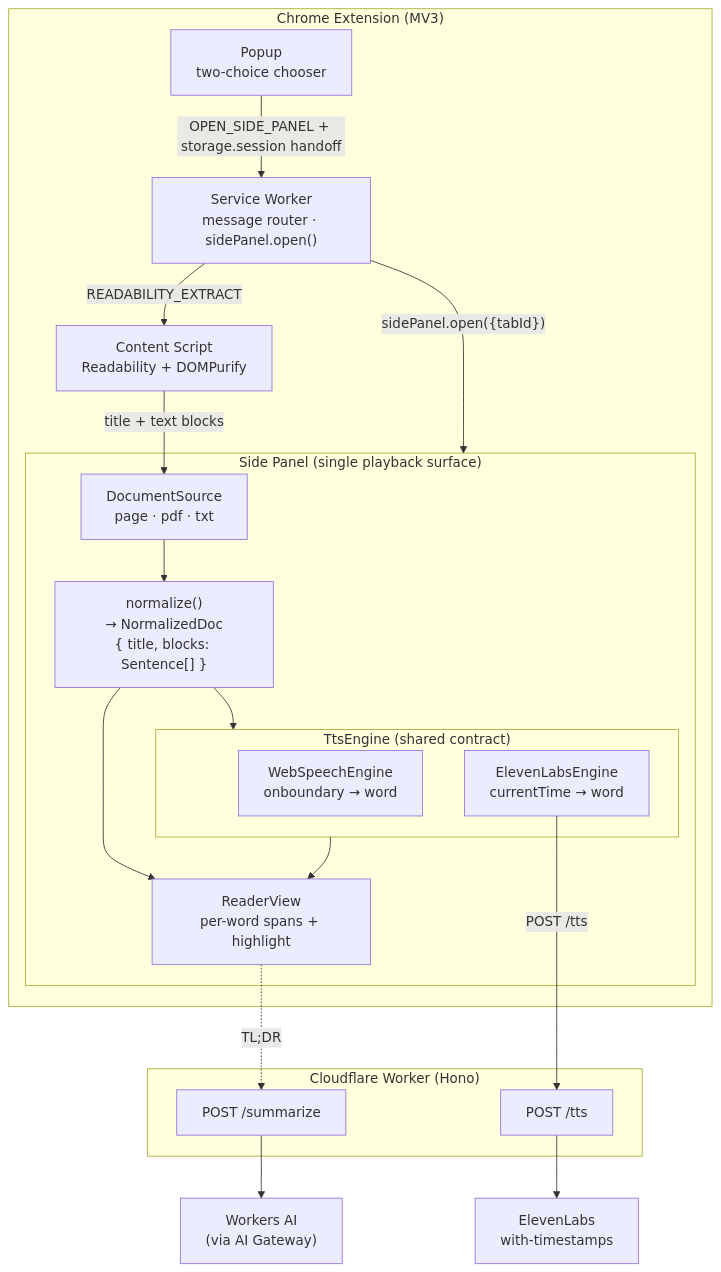
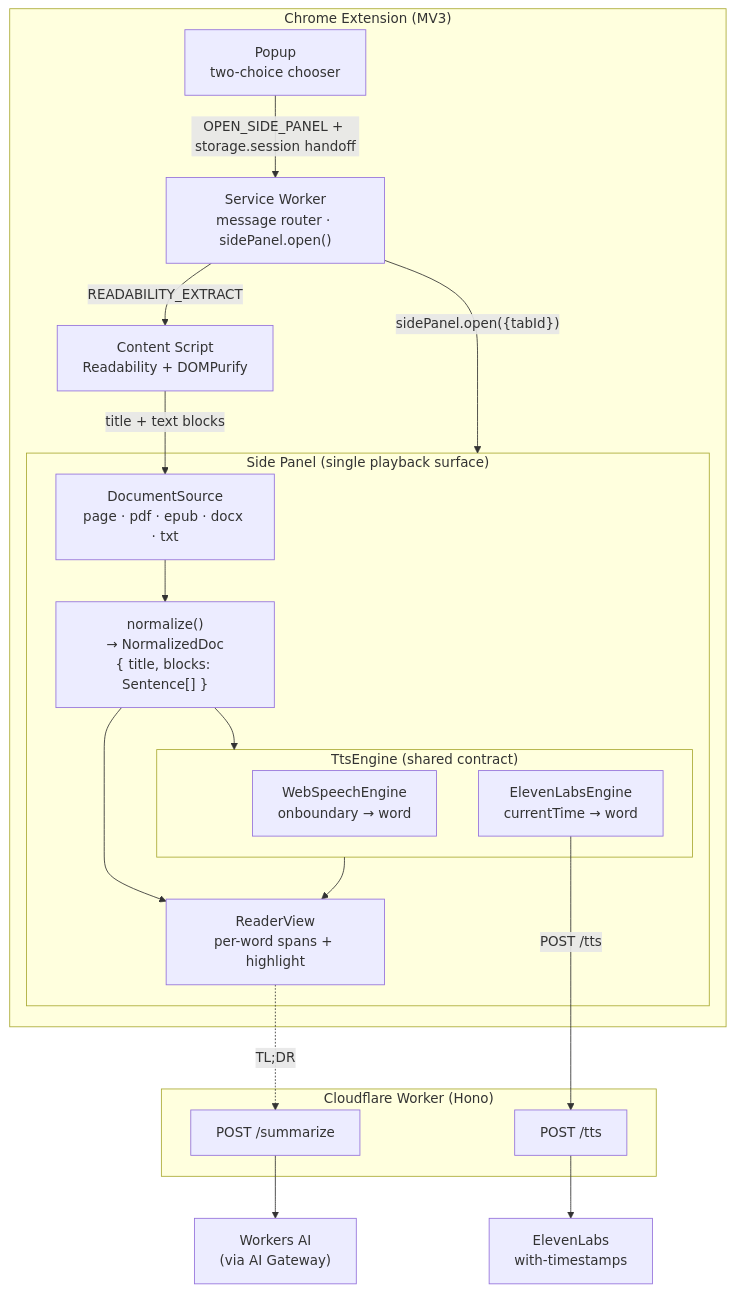
Before and after one commit to gastonche/read-aloud: the diagram in README.md, drawn with Mermaid. The commit also changed other lines of this file and 3 other files, not shown here.

````diff
--- a/README.md
+++ b/README.md
@@ -47,37 +48,37 @@
 ```mermaid
 flowchart TB
   subgraph EXT["Chrome Extension (MV3)"]
     POPUP["Popup<br/>two-choice chooser"]
     SW["Service Worker<br/>message router · sidePanel.open()"]
     CS["Content Script<br/>Readability + DOMPurify"]
     subgraph PANEL["Side Panel (single playback surface)"]
-      SRC["DocumentSource<br/>page · pdf · txt"]
+      SRC["DocumentSource<br/>page · pdf · epub · docx · txt"]
       NORM["normalize()<br/>→ NormalizedDoc<br/>{ title, blocks: Sentence[] }"]
       READER["ReaderView<br/>per-word spans + highlight"]
       subgraph TTS["TtsEngine (shared contract)"]
         WS["WebSpeechEngine<br/>onboundary → word"]
         EL["ElevenLabsEngine<br/>currentTime → word"]
       end
     end
   end
 
   subgraph CF["Cloudflare Worker (Hono)"]
     SUM["POST /summarize"]
     TTSR["POST /tts"]
   end
 
   AIGW["Workers AI<br/>(via AI Gateway)"]
   XI["ElevenLabs<br/>with-timestamps"]
 
   POPUP -- "OPEN_SIDE_PANEL + storage.session handoff" --> SW
   SW -- "sidePanel.open({tabId})" --> PANEL
   SW -- "READABILITY_EXTRACT" --> CS
   CS -- "title + text blocks" --> SRC
   SRC --> NORM --> READER
   NORM --> TTS
   TTS --> READER
   EL -- "POST /tts" --> TTSR
   READER -. "TL;DR" .-> SUM
   SUM --> AIGW
   TTSR --> XI
 ```
````
